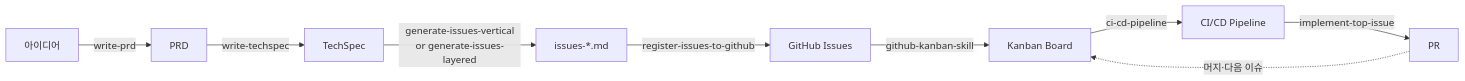
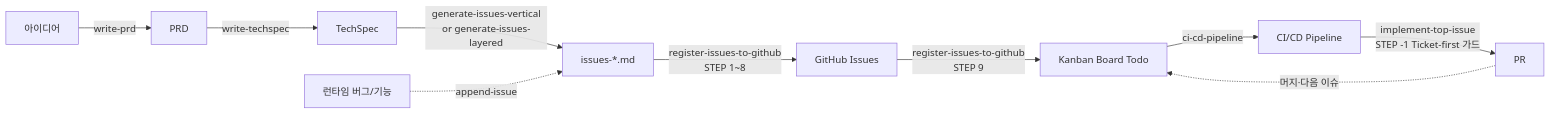
Before and after one commit to ischung/sdlc: the first of 2 diagrams in README.md, drawn with Mermaid. The commit also changed other lines of this file and 8 other files, not shown here.

First line of the commit message:
feat: 이슈 우선(Ticket-first) 원칙 강제 — append-issue 신설 + 보드 반영 체인 + 구현 가드

````diff
--- a/README.md
+++ b/README.md
@@ -185,11 +195,12 @@
 ```mermaid
 flowchart LR
     A[아이디어] -->|write-prd| B[PRD]
     B -->|write-techspec| C[TechSpec]
     C -->|generate-issues-vertical<br/>or generate-issues-layered| D[issues-*.md]
-    D -->|register-issues-to-github| E[GitHub Issues]
-    E -->|github-kanban-skill| F[Kanban Board]
+    D -->|register-issues-to-github<br/>STEP 1~8| E[GitHub Issues]
+    E -->|register-issues-to-github<br/>STEP 9| F[Kanban Board Todo]
     F -->|ci-cd-pipeline| G[CI/CD Pipeline]
-    G -->|implement-top-issue| H[PR]
+    G -->|implement-top-issue<br/>STEP -1 Ticket-first 가드| H[PR]
     H -.머지·다음 이슈.-> F
+    RUNTIME[런타임 버그/기능] -.append-issue.-> D
 ```
````
